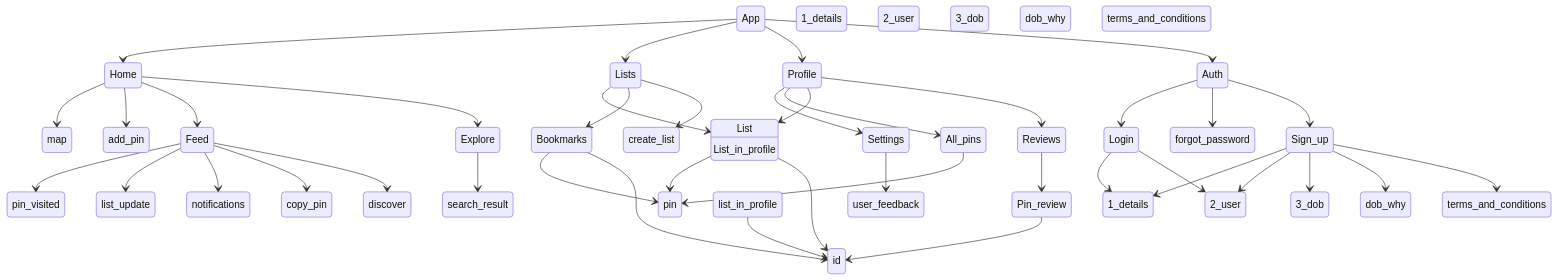
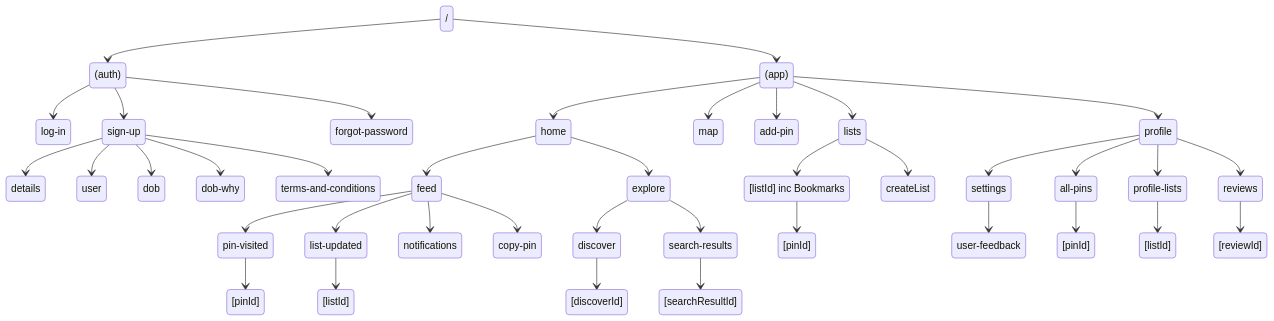
One commit to MapinApp/MapinExpo changed the diagram in README.md. Above: the diagram before and after it, drawn with Mermaid. The commit also changed other lines of this file and 1 other file, not shown here.

Commit message:
screen map updated

````diff
--- a/README.md
+++ b/README.md
@@ -51,80 +18,110 @@
 ```mermaid
 stateDiagram-v2
-    state "App" as app
+    state "/" as entry
+    entry --> auth
+    entry --> app
+
+    state "(auth)" as auth
+    auth --> logIn
+    auth --> signUp
+    auth --> forgotPassword
+
+    state "log-in" as logIn
+    state "forgot-password" as forgotPassword
+
+    state "sign-up" as signUp
+    signUp --> details
+    signUp --> user
+    signUp --> dob
+    signUp --> dobWhy
+    signUp --> tc
+
+    state "details" as details
+    state "user" as user
+    state "dob" as dob
+    state "dob-why" as dobWhy
+    state "terms-and-conditions" as tc
+
+    state "(app)" as app
     app --> home
+    app --> map
+    app --> addPin
     app --> lists
     app --> profile
-    app --> auth
 
-    state "Home" as home
-    home --> map
-    home --> add_pin
+    state "home" as home
     home --> feed
     home --> explore
 
-    state "Feed" as feed
-    feed --> pin_visited
-    feed --> list_update
+    state "feed" as feed
+    feed --> pinVisited
+    feed --> listUpdated
     feed --> notifications
-    feed --> copy_pin
-    feed --> discover
+    feed --> copyPin
 
-    state "Explore" as explore
-    explore --> search_result
+    state "pin-visited" as pinVisited
+    pinVisited --> pinVisitedId
 
-    state "Lists" as lists
+    state "[pinId]" as pinVisitedId
+
+    state "list-updated" as listUpdated
+    listUpdated --> listUpdatedId
+
+    state "[listId]" as listUpdatedId
+
+    state "notifications" as notifications
+    state "copy-pin" as copyPin
+
+    state "explore" as explore
+    explore --> discover
+    explore --> searchResults
+
+    state "discover" as discover
+    discover --> discoverId
+
+    state "[discoverId]" as discoverId
+
+    state "search-results" as searchResults
+    searchResults --> searchResultId
+
+    state "[searchResultId]" as searchResultId
+
+    state "map" as map
+
+    state "add-pin" as addPin
+
+    state "lists" as lists
     lists --> list
-    lists --> bookmarks
-    lists --> create_list
+    lists --> createList
 
-    state "List" as list
-    list --> pin
-    list --> id
+    state "[listId] inc Bookmarks" as list
+    list --> listPinId
 
-    state "Bookmarks" as bookmarks
-    bookmarks --> pin
-    bookmarks --> id
+    state "[pinId]" as listPinId
 
-    state "Profile" as profile
+    state "profile" as profile
     profile --> settings
-    profile --> all_pins
-    profile --> list
+    profile --> allPins
+    profile --> profileList
     profile --> reviews
 
-    state "Settings" as settings
-    settings --> user_feedback
+    state "settings" as settings
+    settings --> userFeedback
 
-    state "All_pins" as all_pins
-    all_pins --> pin
+    state "user-feedback" as userFeedback
 
-    state "List_in_profile" as list
-    list_in_profile --> id
+    state "all-pins" as allPins
+    allPins --> allPinsId
 
-    state "Reviews" as reviews
-    reviews --> pin_review
+    state "[pinId]" as allPinsId
 
-    state "Pin_review" as pin_review
-    pin_review --> id
+    state "profile-lists" as profileList
+    profileList --> profileListId
 
-    state "Auth" as auth
-    auth --> login
-    auth --> forgot_password
-    auth --> sign_up
+    state "[listId]" as profileListId
 
-    state "Login" as login
-    login --> 1_details
-    login --> 2_user
+    state "reviews" as reviews
+    reviews --> reviewsId
 
-    state "Sign_up" as sign_up
-    sign_up --> 1_details
-    sign_up --> 2_user
-    sign_up --> 3_dob
-    sign_up --> dob_why
-    sign_up --> terms_and_conditions
-
-    state "1_details" as details
-    state "2_user" as user
-    state "3_dob" as dob
-    state "dob_why" as dobwhy
-    state "terms_and_conditions" as terms
+    state "[reviewId]" as reviewsId
 ```
````
